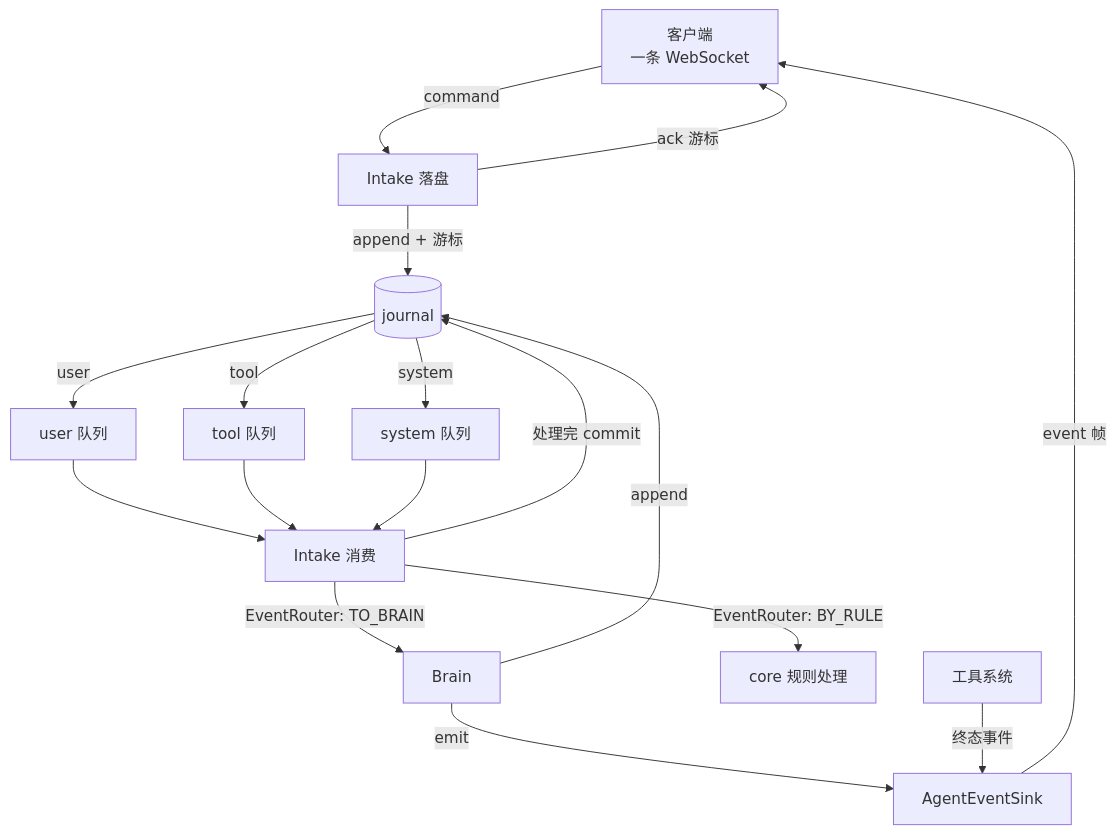
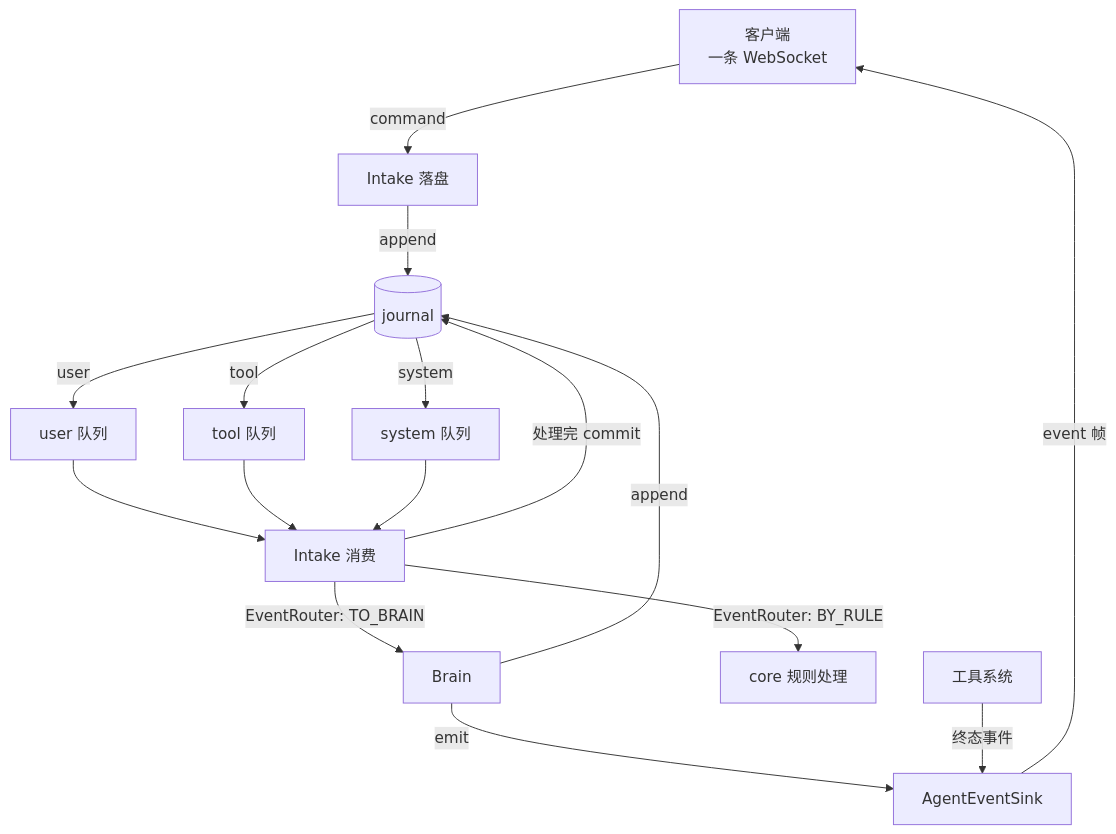
One commit to HymioSpace/Oath changed the diagram in spec/feature-event-runtime.md. Above: the diagram before and after it, drawn with Mermaid. The commit also changed other lines of this file and 4 other files, not shown here.

````diff
--- a/spec/feature-event-runtime.md
+++ b/spec/feature-event-runtime.md
@@ -34,19 +34,18 @@
 ```mermaid
 flowchart TD
     Client[客户端<br/>一条 WebSocket] -->|command| Intake[Intake 落盘]
-    Intake -->|append + 游标| Journal[(journal)]
-    Intake -->|ack 游标| Client
+    Intake -->|append| Journal[(journal)]
 
     Journal -->|user| FeedUser[user 队列]
     Journal -->|tool| FeedTool[tool 队列]
     Journal -->|system| FeedSystem[system 队列]
     FeedUser & FeedTool & FeedSystem --> Poll[Intake 消费]
     Poll -->|EventRouter: TO_BRAIN| Brain[Brain]
     Poll -->|EventRouter: BY_RULE| Rule[core 规则处理]
     Poll -->|处理完 commit| Journal
 
     Brain -->|append| Journal
     Brain -->|emit| Sink[AgentEventSink]
     ToolSystem[工具系统] -->|终态事件| Sink
     Sink -->|event 帧| Client
 ```
````
